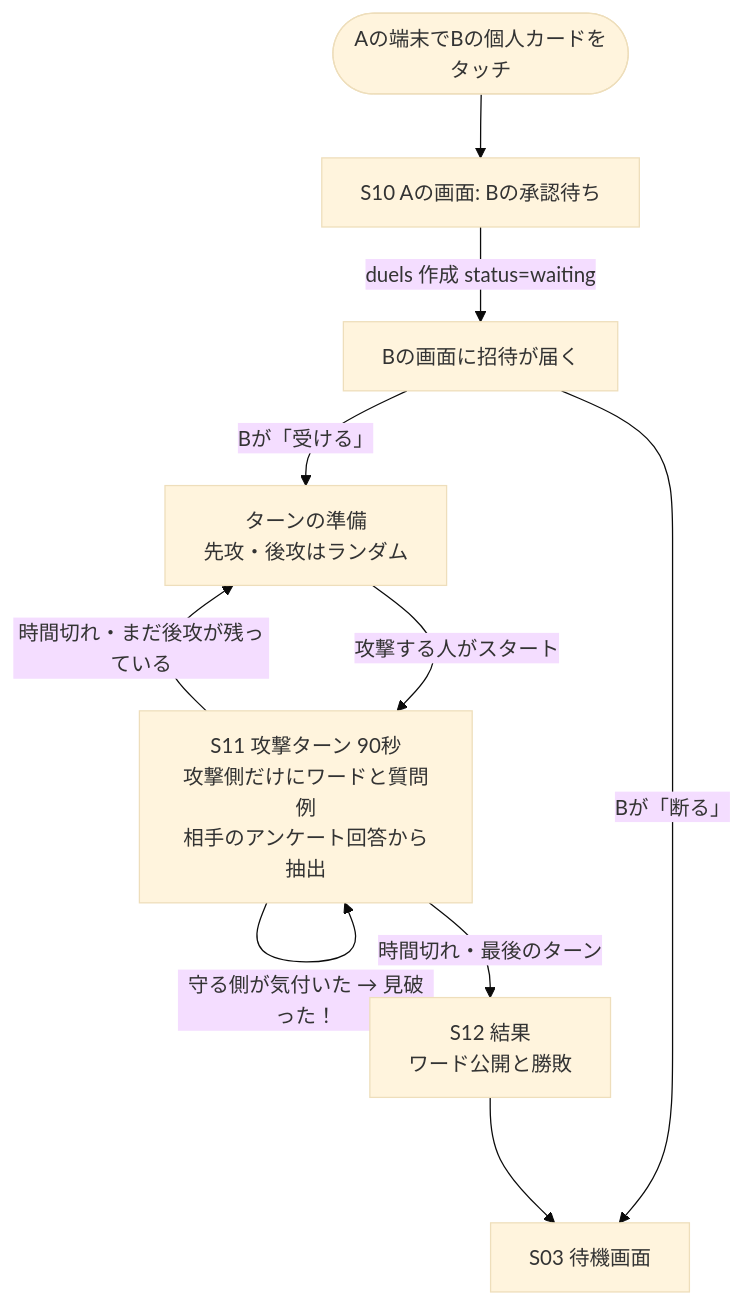
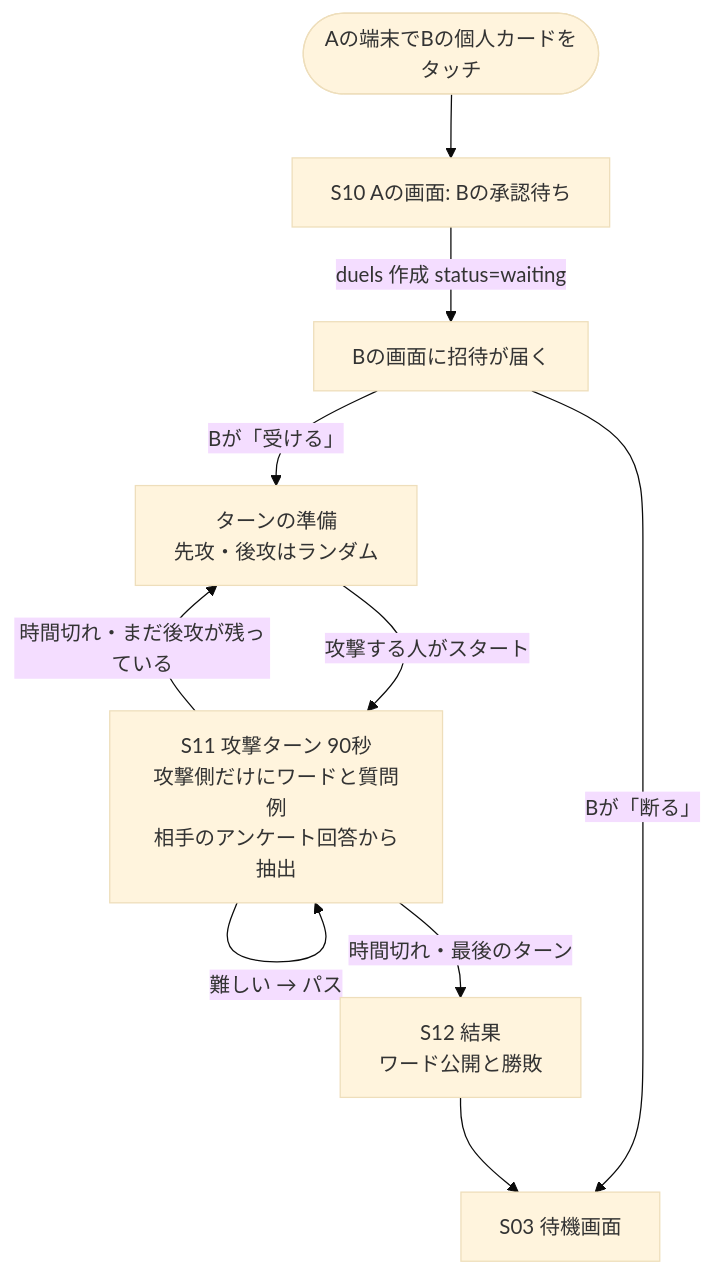
The second of 5 diagrams in docs/step1-design.md (tshk10416-hub/honne), drawn with Mermaid (base theme) before and after one commit. The commit also changed other lines of this file and 4 other files, not shown here.

````diff
--- a/docs/step1-design.md
+++ b/docs/step1-design.md
@@ -97,14 +97,13 @@
 ```mermaid
 flowchart TD
     A([Aの端末でBの個人カードをタッチ]) --> S10A[S10 Aの画面: Bの承認待ち]
     S10A -->|duels 作成 status=waiting| S10B[Bの画面に招待が届く]
     S10B -->|Bが「受ける」| READY[ターンの準備<br/>先攻・後攻はランダム]
     S10B -->|Bが「断る」| S03[S03 待機画面]
     READY -->|攻撃する人がスタート| S11[S11 攻撃ターン 90秒<br/>攻撃側だけにワードと質問例<br/>相手のアンケート回答から抽出]
     S11 -->|相手に言わせた → SHOT +1| S11
     S11 -->|難しい → パス| S11
-    S11 -->|守る側が気付いた → 見破った！| S11
     S11 -->|時間切れ・まだ後攻が残っている| READY
     S11 -->|時間切れ・最後のターン| S12[S12 結果<br/>ワード公開と勝敗]
     S12 --> S03
 ```
````
